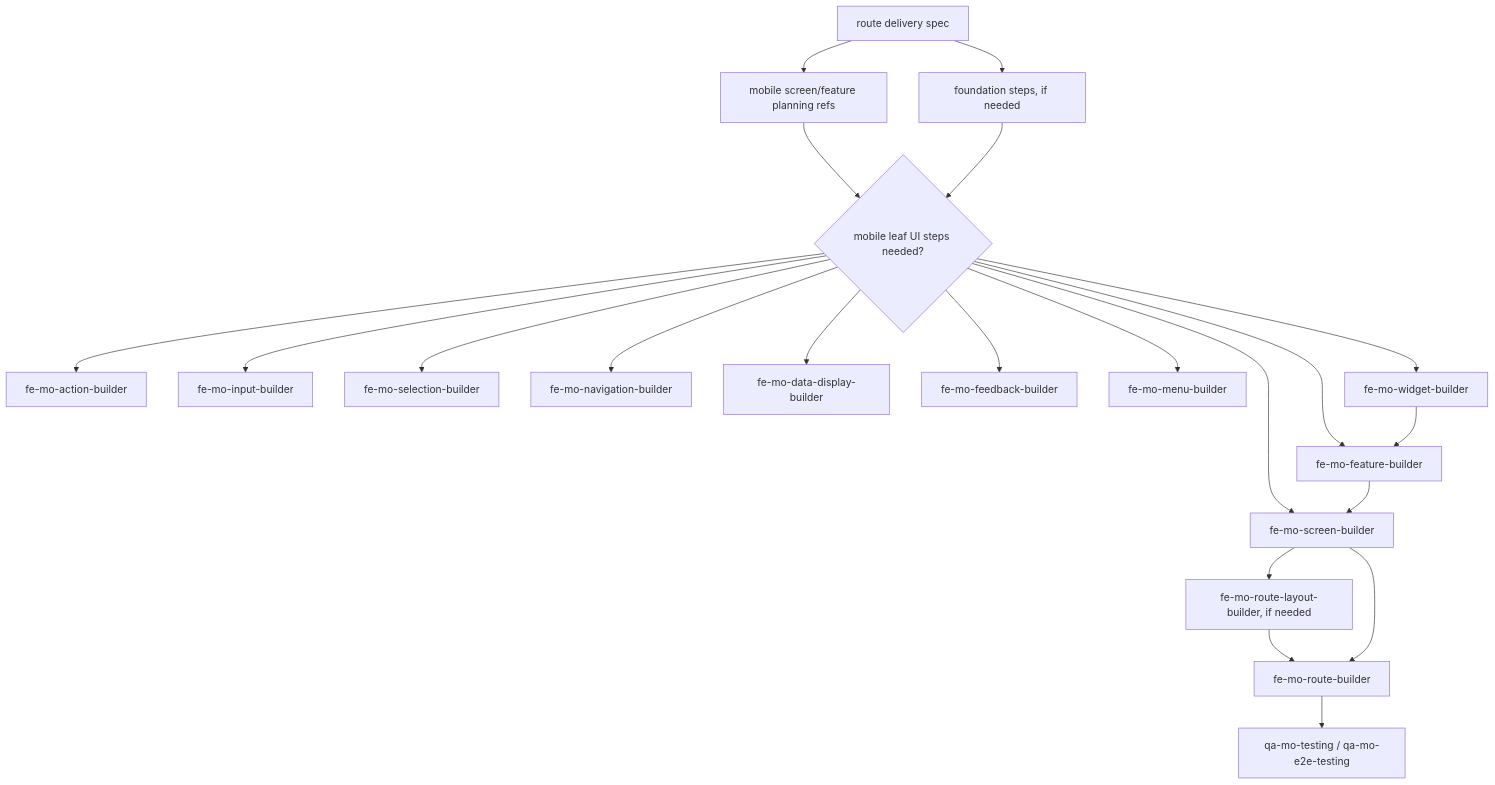
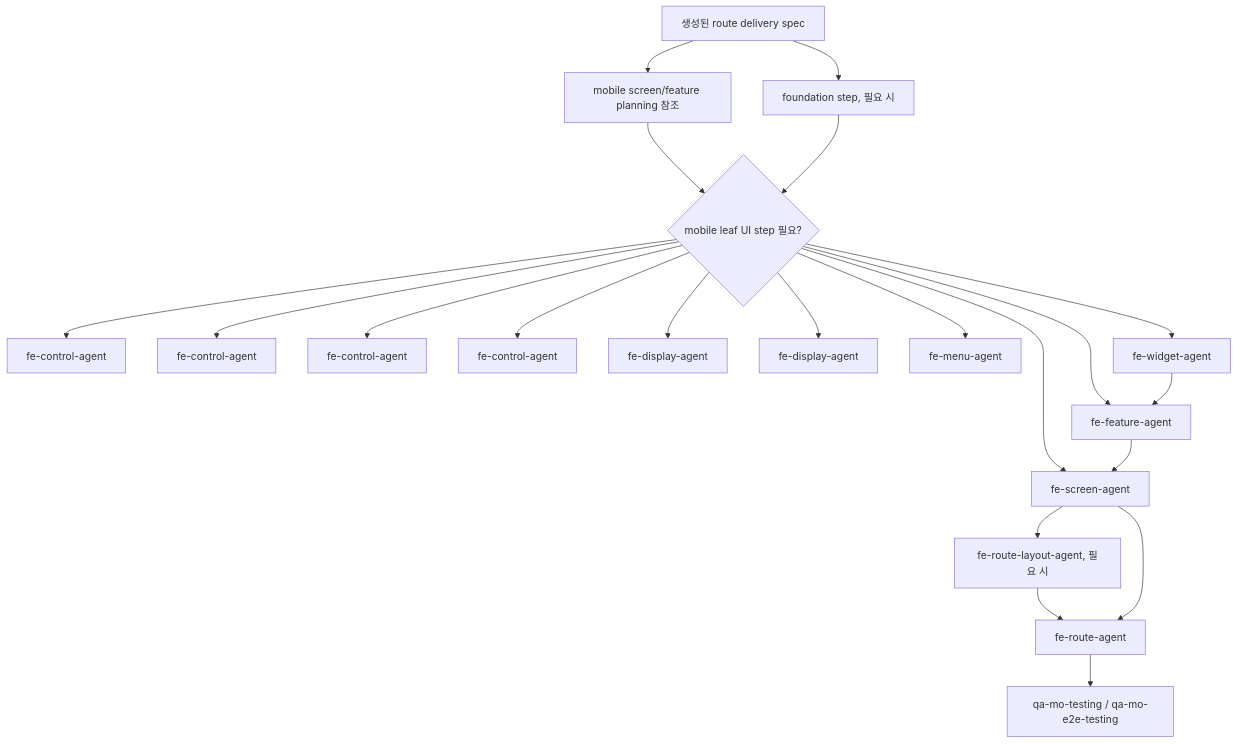
The fifth of 5 diagrams in docs/orchestration-agent-relationship-flow.md (kimjoongwon/prj-core), drawn with Mermaid before and after one commit. The commit also changed other lines of this file and 5 other files, not shown here.

````diff
--- a/docs/orchestration-agent-relationship-flow.md
+++ b/docs/orchestration-agent-relationship-flow.md
@@ -217,23 +234,23 @@
 ```mermaid
 flowchart TD
-  Spec["route delivery spec"] --> Planning["mobile screen/feature planning refs"]
-  Planning --> Leaf{"mobile leaf UI steps needed?"}
-  Spec --> Foundation["foundation steps, if needed"]
+  Spec["생성된 route delivery spec"] --> Planning["mobile screen/feature planning 참조"]
+  Planning --> Leaf{"mobile leaf UI step 필요?"}
+  Spec --> Foundation["foundation step, 필요 시"]
   Foundation --> Leaf
-  Leaf --> Action["fe-mo-action-builder"]
-  Leaf --> Input["fe-mo-input-builder"]
-  Leaf --> Selection["fe-mo-selection-builder"]
-  Leaf --> Navigation["fe-mo-navigation-builder"]
-  Leaf --> DataDisplay["fe-mo-data-display-builder"]
-  Leaf --> Feedback["fe-mo-feedback-builder"]
-  Leaf --> Menu["fe-mo-menu-builder"]
-  Leaf --> Widget["fe-mo-widget-builder"]
-  Leaf --> Feature["fe-mo-feature-builder"]
-  Leaf --> Screen["fe-mo-screen-builder"]
+  Leaf --> Action["fe-control-agent"]
+  Leaf --> Input["fe-control-agent"]
+  Leaf --> Selection["fe-control-agent"]
+  Leaf --> Navigation["fe-control-agent"]
+  Leaf --> DataDisplay["fe-display-agent"]
+  Leaf --> Feedback["fe-display-agent"]
+  Leaf --> Menu["fe-menu-agent"]
+  Leaf --> Widget["fe-widget-agent"]
+  Leaf --> Feature["fe-feature-agent"]
+  Leaf --> Screen["fe-screen-agent"]
   Widget --> Feature
   Feature --> Screen
-  Screen --> Layout["fe-mo-route-layout-builder, if needed"]
-  Layout --> Route["fe-mo-route-builder"]
+  Screen --> Layout["fe-route-layout-agent, 필요 시"]
+  Layout --> Route["fe-route-agent"]
   Screen --> Route
   Route --> QA["qa-mo-testing / qa-mo-e2e-testing"]
 ```
````
